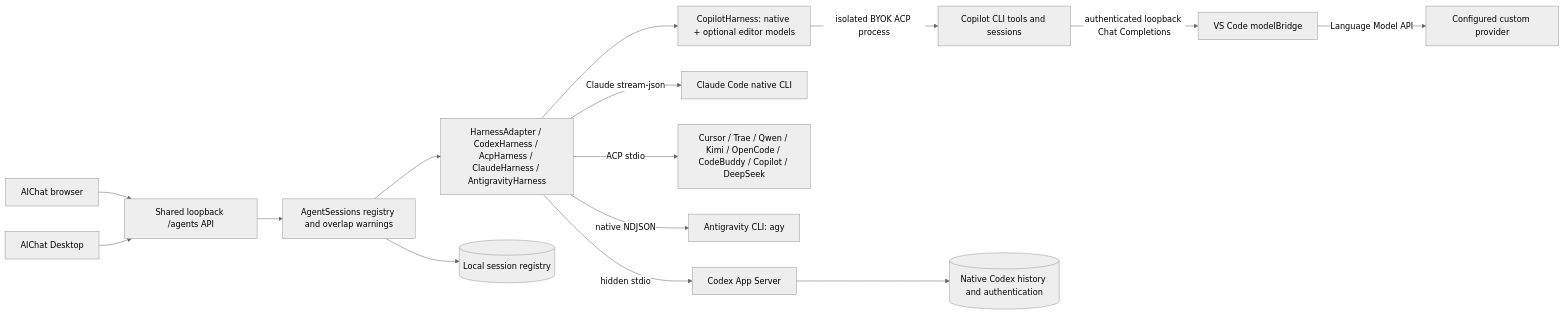
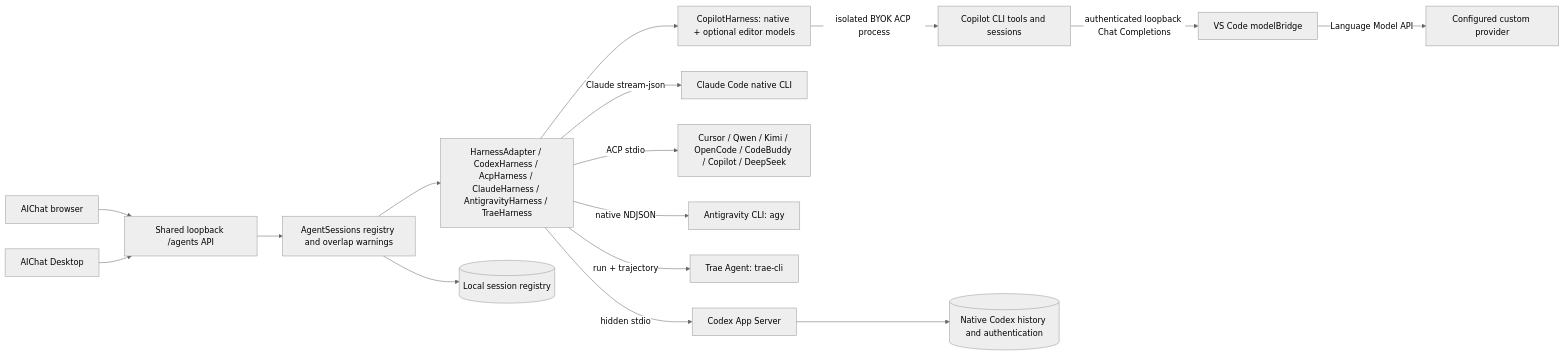
The diagram in docs/agent-harnesses.md (LiXizhi/keepworkExtension), drawn with Mermaid (neutral theme) before and after one commit. The commit also changed other lines of this file and 31 other files, not shown here.

Commit message:
feat(agents): integrate open-source Trae Agent in Node and Rust [skip publish]

````diff
--- a/docs/agent-harnesses.md
+++ b/docs/agent-harnesses.md
@@ -38,17 +38,18 @@
 ```mermaid
 flowchart LR
     Browser[AIChat browser] --> HTTP[Shared loopback /agents API]
     Desktop[AIChat Desktop] --> HTTP
     HTTP --> Sessions[AgentSessions registry and overlap warnings]
-    Sessions --> Adapter[HarnessAdapter / CodexHarness / AcpHarness / ClaudeHarness / AntigravityHarness]
+    Sessions --> Adapter[HarnessAdapter / CodexHarness / AcpHarness / ClaudeHarness / AntigravityHarness / TraeHarness]
     Adapter -->|hidden stdio| Codex[Codex App Server]
     Adapter -->|Claude stream-json| Claude[Claude Code native CLI]
-    Adapter -->|ACP stdio| CLIs[Cursor / Trae / Qwen / Kimi / OpenCode / CodeBuddy / Copilot / DeepSeek]
+    Adapter -->|ACP stdio| CLIs[Cursor / Qwen / Kimi / OpenCode / CodeBuddy / Copilot / DeepSeek]
     Adapter -->|native NDJSON| Antigravity[Antigravity CLI: agy]
+    Adapter -->|run + trajectory| Trae[Trae Agent: trae-cli]
     Adapter --> CopilotRouter[CopilotHarness: native + optional editor models]
     CopilotRouter -->|isolated BYOK ACP process| EditorCLI[Copilot CLI tools and sessions]
     EditorCLI -->|authenticated loopback Chat Completions| EditorBridge[VS Code modelBridge]
     EditorBridge -->|Language Model API| EditorProvider[Configured custom provider]
     Sessions --> Registry[(Local session registry)]
     Codex --> History[(Native Codex history and authentication)]
 ```
````
